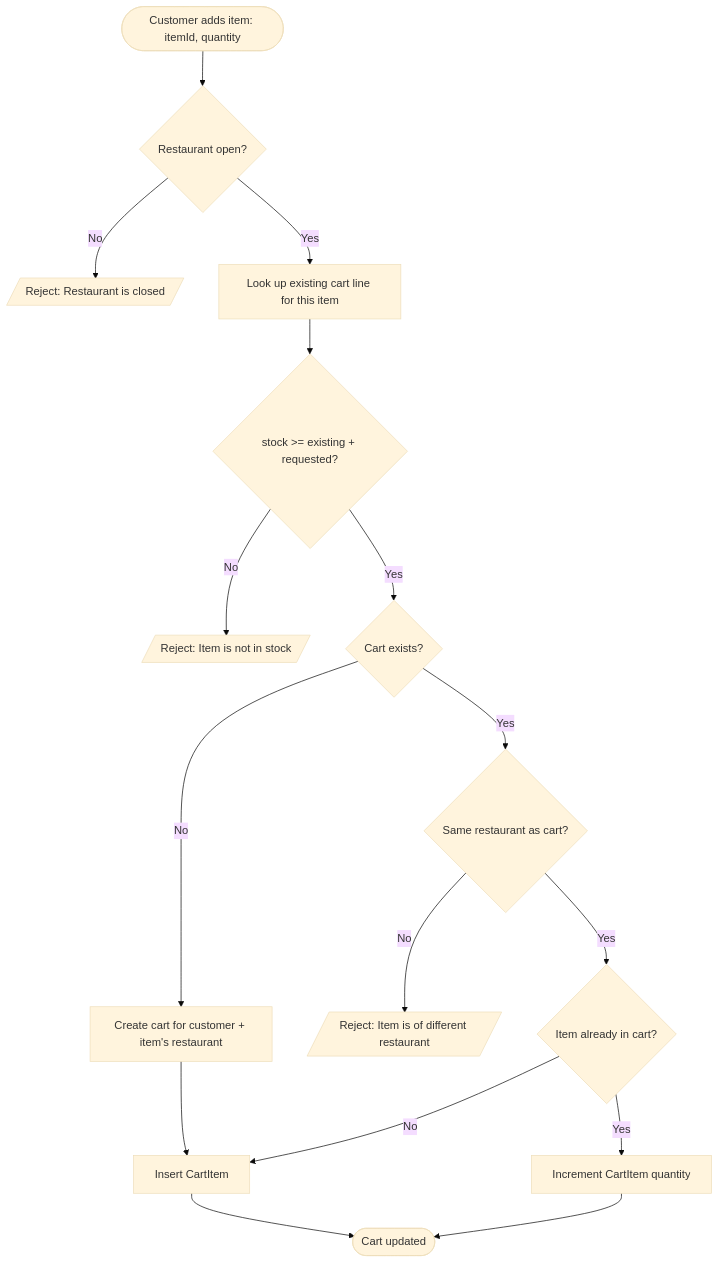
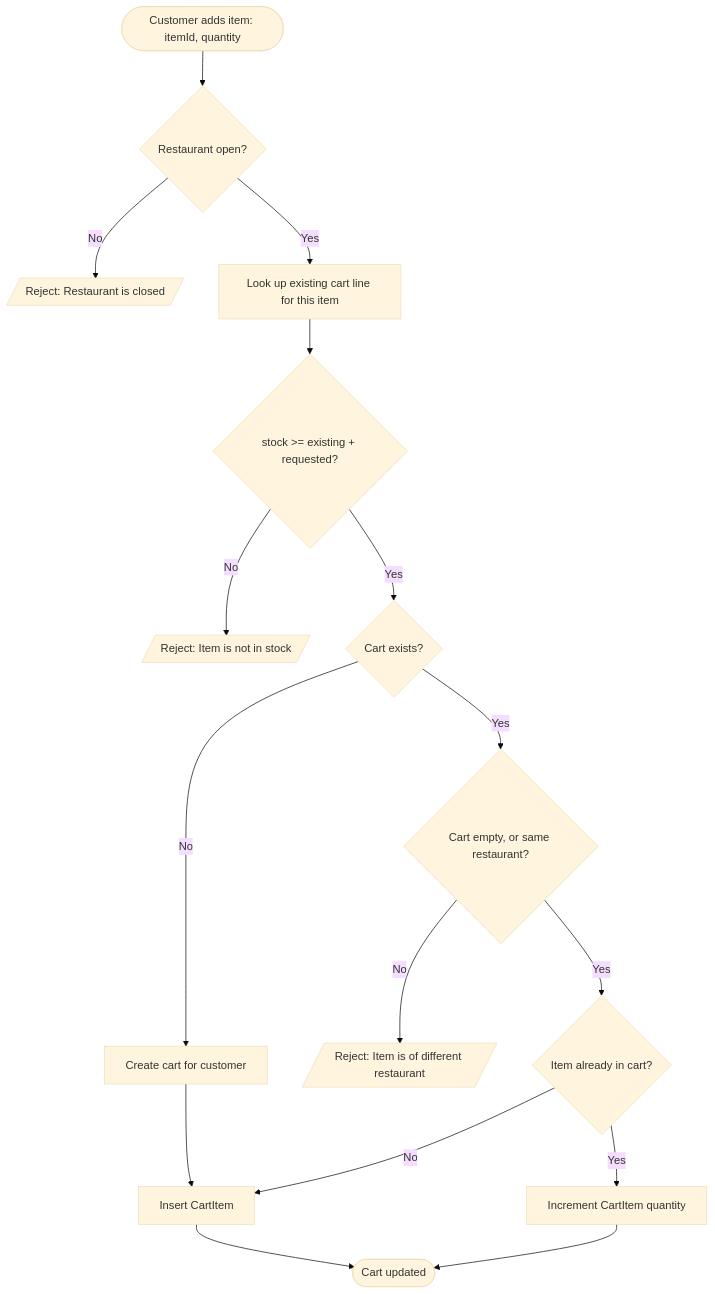
Before and after one commit to msmohammed0077-cmd/mentorship-restaurant: the first of 2 diagrams in restaurant/.docs/use-cases/cart-management/add-cart-item/add-cart-item.md, drawn with Mermaid (base theme). The commit also changed other lines of this file, not shown here.

First line of the commit message:
docs: correct add-cart-item totals and the derived restaurant

````diff
--- a/restaurant/.docs/use-cases/cart-management/add-cart-item/add-cart-item.md
+++ b/restaurant/.docs/use-cases/cart-management/add-cart-item/add-cart-item.md
@@ -71,18 +78,18 @@
 ```mermaid
 flowchart TD
     Start([Customer adds item: itemId, quantity]) --> Open{Restaurant open?}
     Open -- No --> RejClosed[/Reject: Restaurant is closed/]
     Open -- Yes --> Line[Look up existing cart line for this item]
     Line --> Stock{"stock >= existing + requested?"}
     Stock -- No --> RejStock[/Reject: Item is not in stock/]
     Stock -- Yes --> HasCart{Cart exists?}
-    HasCart -- No --> Create[Create cart for customer + item's restaurant]
-    HasCart -- Yes --> Same{Same restaurant as cart?}
+    HasCart -- No --> Create[Create cart for customer]
+    HasCart -- Yes --> Same{"Cart empty, or same restaurant?"}
     Same -- No --> RejOther[/Reject: Item is of different restaurant/]
     Same -- Yes --> InCart{Item already in cart?}
     Create --> Insert[Insert CartItem]
     InCart -- No --> Insert
     InCart -- Yes --> Incr[Increment CartItem quantity]
     Insert --> Done([Cart updated])
     Incr --> Done
 ```
````
